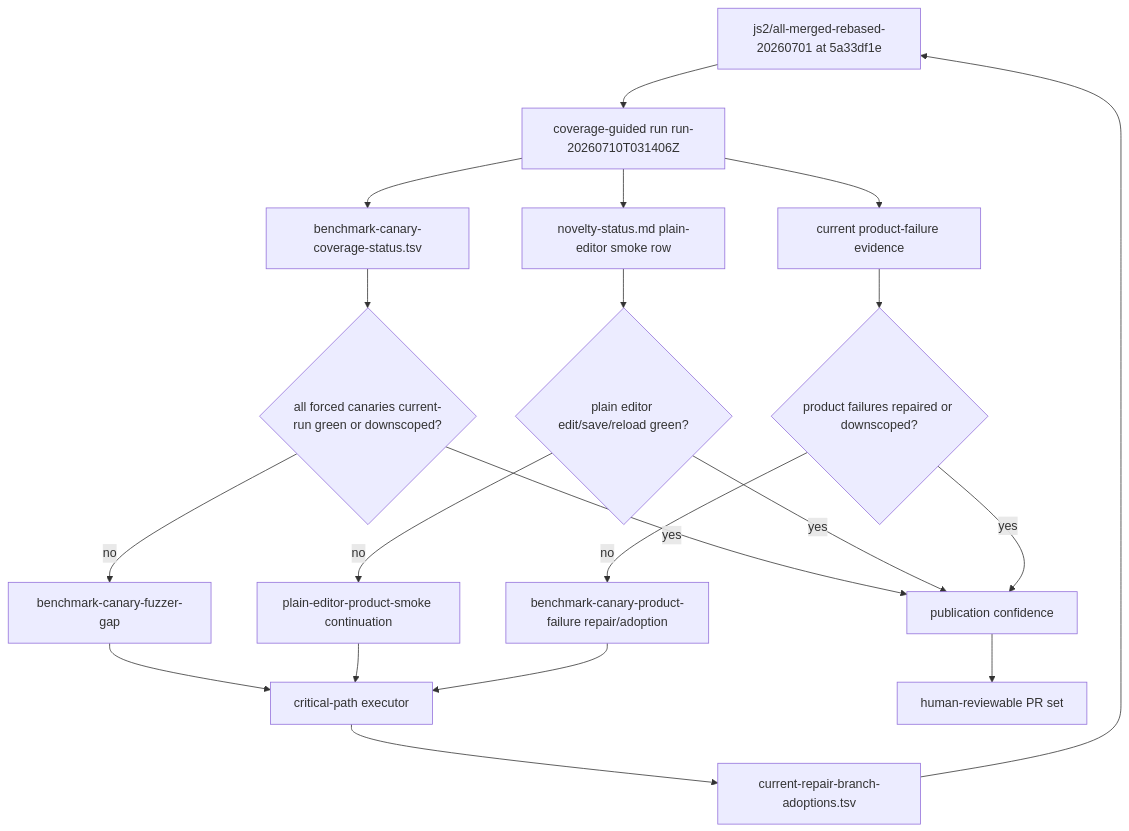
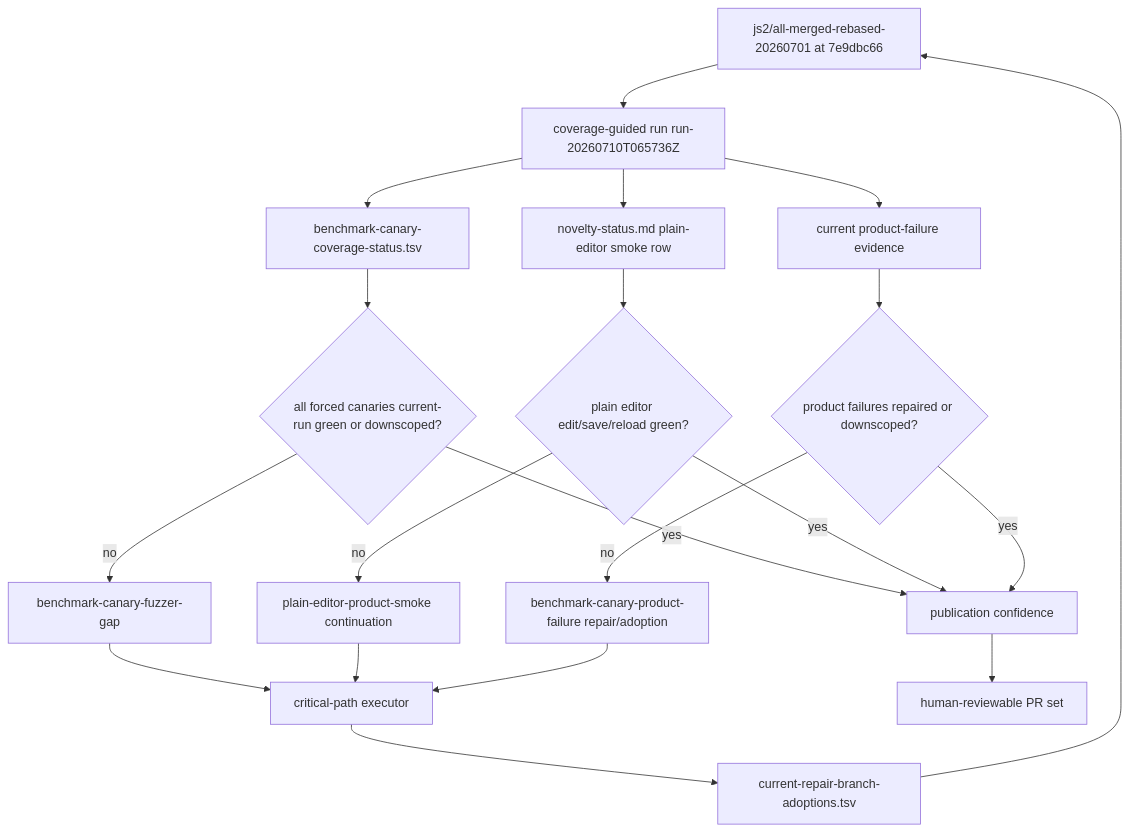
Before and after one commit to danluu/gutenberg: the fifth of 12 diagrams in docs/explanations/architecture/rtc-jetstream2-fuzzing-architecture-and-loops-20260515.md, drawn with Mermaid. The commit also changed other lines of this file and 24 other files, not shown here.

````diff
--- a/docs/explanations/architecture/rtc-jetstream2-fuzzing-architecture-and-loops-20260515.md
+++ b/docs/explanations/architecture/rtc-jetstream2-fuzzing-architecture-and-loops-20260515.md
@@ -522,26 +776,26 @@
 ```mermaid
 flowchart TB
-    Candidate[js2/all-merged-rebased-20260701 at 5a33df1e] --> CoverageRun[coverage-guided run run-20260710T031406Z]
+    Candidate[js2/all-merged-rebased-20260701 at 7e9dbc66] --> CoverageRun[coverage-guided run run-20260710T065736Z]
     CoverageRun --> CanaryStatus[benchmark-canary-coverage-status.tsv]
     CoverageRun --> SmokeStatus[novelty-status.md plain-editor smoke row]
     CoverageRun --> ProductEvidence[current product-failure evidence]
 
     CanaryStatus --> CanaryGate{all forced canaries current-run green or downscoped?}
     SmokeStatus --> SmokeGate{plain editor edit/save/reload green?}
     ProductEvidence --> ProductGate{product failures repaired or downscoped?}
 
     CanaryGate -->|no| FuzzerGap[benchmark-canary-fuzzer-gap]
     SmokeGate -->|no| PlainSmoke[plain-editor-product-smoke continuation]
     ProductGate -->|no| ProductRepair[benchmark-canary-product-failure repair/adoption]
 
     FuzzerGap --> Critical[critical-path executor]
     PlainSmoke --> Critical
     ProductRepair --> Critical
     Critical --> Adoption[current-repair-branch-adoptions.tsv]
     Adoption --> Candidate
 
     CanaryGate -->|yes| PublishReady[publication confidence]
     SmokeGate -->|yes| PublishReady
     ProductGate -->|yes| PublishReady
     PublishReady --> MaintainerPR[human-reviewable PR set]
 ```
````
